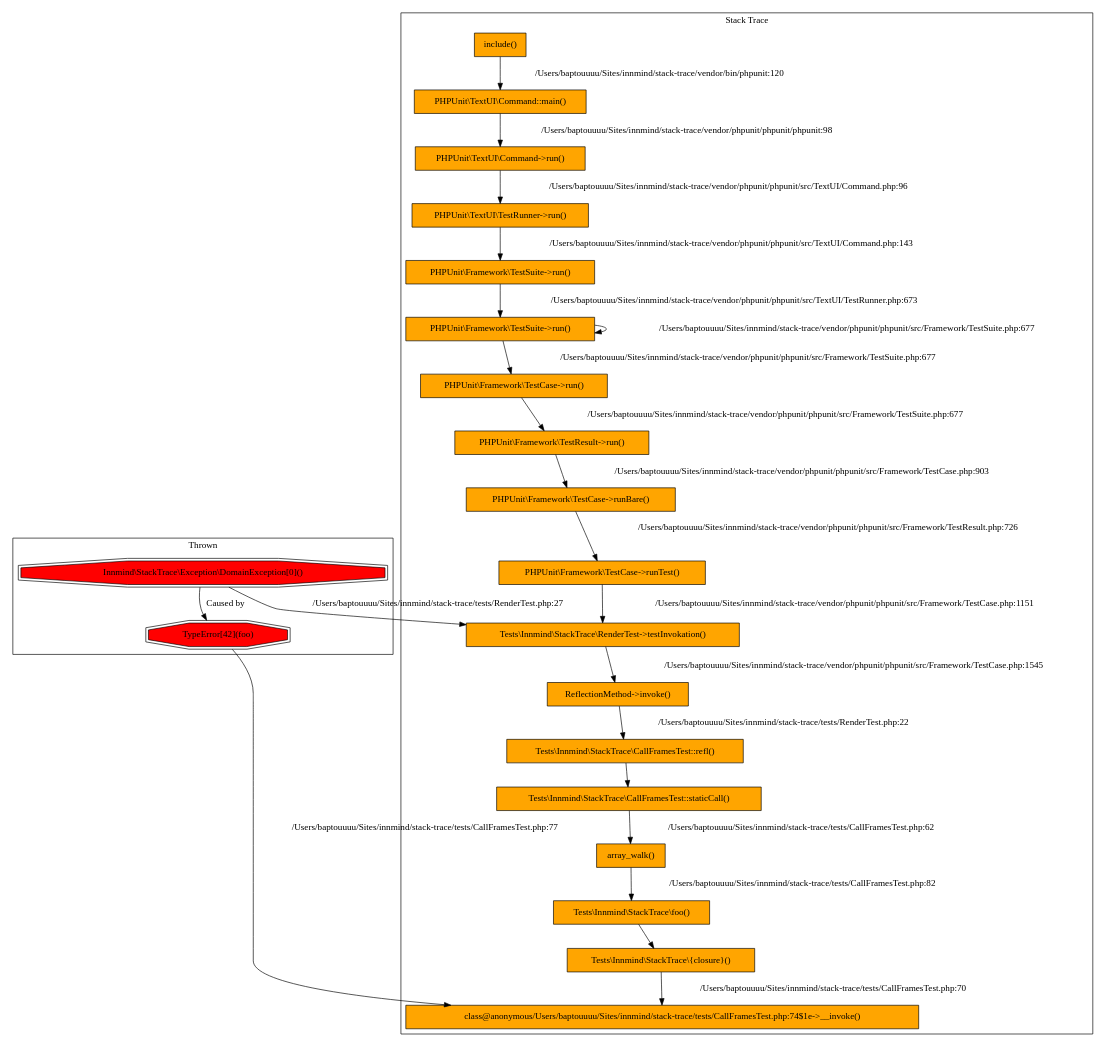
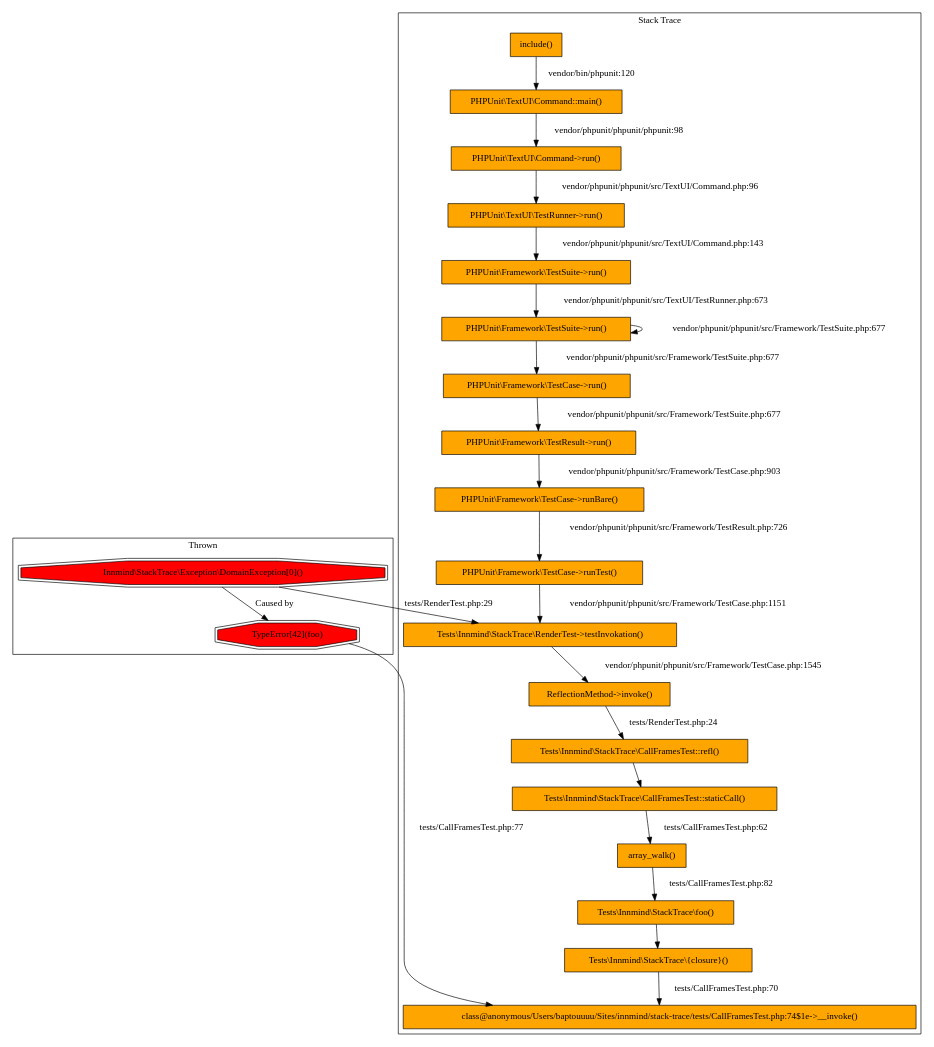
The diagram in graph.dot (Innmind/StackTrace), drawn with Graphviz before and after one commit. The commit also changed 3 other files, not shown here.

```diff
--- a/graph.dot
+++ b/graph.dot
@@ -1,37 +1,37 @@
 digraph stack_trace {
     subgraph cluster_throwables {
         label="Thrown"
-    exception_00000000000002ba0000000000000000 -> exception_00000000000004c90000000000000000 [label="Caused by"];
-    exception_00000000000004c90000000000000000 [shape="doubleoctagon", style="filled", fillcolor="#ff0000", label="TypeError[42](foo)", URL="file:///Users/baptouuuu/Sites/innmind/stack-trace/tests/CallFramesTest.php"];
-    exception_00000000000002ba0000000000000000 [shape="doubleoctagon", style="filled", fillcolor="#ff0000", label="Innmind\\StackTrace\\Exception\\DomainException[0]()", URL="file:///Users/baptouuuu/Sites/innmind/stack-trace/tests/RenderTest.php"];
+    exception_0000000000000afb0000000000000000 -> exception_00000000000005a80000000000000000 [label="Caused by"];
+    exception_00000000000005a80000000000000000 [shape="doubleoctagon", style="filled", fillcolor="#ff0000", label="TypeError[42](foo)", URL="file:///Users/baptouuuu/Sites/innmind/stack-trace/tests/CallFramesTest.php"];
+    exception_0000000000000afb0000000000000000 [shape="doubleoctagon", style="filled", fillcolor="#ff0000", label="Innmind\\StackTrace\\Exception\\DomainException[0]()", URL="file:///Users/baptouuuu/Sites/innmind/stack-trace/tests/RenderTest.php"];
     }
     subgraph cluster_call_frames {
         label="Stack Trace"
-    call_frame_4f9ea46a7375c109da69901c633013a9 -> call_frame_53aaccb6492409f5e3f3865fc706111e [label="/Users/baptouuuu/Sites/innmind/stack-trace/tests/CallFramesTest.php:70", URL="file:///Users/baptouuuu/Sites/innmind/stack-trace/tests/CallFramesTest.php"];
+    call_frame_4f9ea46a7375c109da69901c633013a9 -> call_frame_53aaccb6492409f5e3f3865fc706111e [label="tests/CallFramesTest.php:70", URL="file:///Users/baptouuuu/Sites/innmind/stack-trace/tests/CallFramesTest.php"];
     call_frame_78899d4635295534cfc817b37dee2513 -> call_frame_4f9ea46a7375c109da69901c633013a9;
-    call_frame_7945ef788bc897e87fc2d31edd4537b5 -> call_frame_78899d4635295534cfc817b37dee2513 [label="/Users/baptouuuu/Sites/innmind/stack-trace/tests/CallFramesTest.php:82", URL="file:///Users/baptouuuu/Sites/innmind/stack-trace/tests/CallFramesTest.php"];
-    call_frame_9914fdd0b965fa974e826064877ece14 -> call_frame_7945ef788bc897e87fc2d31edd4537b5 [label="/Users/baptouuuu/Sites/innmind/stack-trace/tests/CallFramesTest.php:62", URL="file:///Users/baptouuuu/Sites/innmind/stack-trace/tests/CallFramesTest.php"];
+    call_frame_7945ef788bc897e87fc2d31edd4537b5 -> call_frame_78899d4635295534cfc817b37dee2513 [label="tests/CallFramesTest.php:82", URL="file:///Users/baptouuuu/Sites/innmind/stack-trace/tests/CallFramesTest.php"];
+    call_frame_9914fdd0b965fa974e826064877ece14 -> call_frame_7945ef788bc897e87fc2d31edd4537b5 [label="tests/CallFramesTest.php:62", URL="file:///Users/baptouuuu/Sites/innmind/stack-trace/tests/CallFramesTest.php"];
     call_frame_a3479fc68cbbda8c8966caf2abecb4ec -> call_frame_9914fdd0b965fa974e826064877ece14;
-    call_frame_da9f8aa8271b7ba9a2e8d52bb7f63b65 -> call_frame_a3479fc68cbbda8c8966caf2abecb4ec [label="/Users/baptouuuu/Sites/innmind/stack-trace/tests/RenderTest.php:22", URL="file:///Users/baptouuuu/Sites/innmind/stack-trace/tests/RenderTest.php"];
-    call_frame_47c0407195947f117d1878ddc407c0a3 -> call_frame_da9f8aa8271b7ba9a2e8d52bb7f63b65 [label="/Users/baptouuuu/Sites/innmind/stack-trace/vendor/phpunit/phpunit/src/Framework/TestCase.php:1545", URL="file:///Users/baptouuuu/Sites/innmind/stack-trace/vendor/phpunit/phpunit/src/Framework/TestCase.php"];
-    call_frame_07f591f613086fa0eafe956f80ef31fa -> call_frame_47c0407195947f117d1878ddc407c0a3 [label="/Users/baptouuuu/Sites/innmind/stack-trace/vendor/phpunit/phpunit/src/Framework/TestCase.php:1151", URL="file:///Users/baptouuuu/Sites/innmind/stack-trace/vendor/phpunit/phpunit/src/Framework/TestCase.php"];
-    call_frame_5627b6f9e8560c938320b94b612d2fc0 -> call_frame_07f591f613086fa0eafe956f80ef31fa [label="/Users/baptouuuu/Sites/innmind/stack-trace/vendor/phpunit/phpunit/src/Framework/TestResult.php:726", URL="file:///Users/baptouuuu/Sites/innmind/stack-trace/vendor/phpunit/phpunit/src/Framework/TestResult.php"];
-    call_frame_9e85687edeee0a8f8bd7f473ec92cc89 -> call_frame_5627b6f9e8560c938320b94b612d2fc0 [label="/Users/baptouuuu/Sites/innmind/stack-trace/vendor/phpunit/phpunit/src/Framework/TestCase.php:903", URL="file:///Users/baptouuuu/Sites/innmind/stack-trace/vendor/phpunit/phpunit/src/Framework/TestCase.php"];
-    call_frame_862259868e8b30c44157d4fa168fc13a -> call_frame_9e85687edeee0a8f8bd7f473ec92cc89 [label="/Users/baptouuuu/Sites/innmind/stack-trace/vendor/phpunit/phpunit/src/Framework/TestSuite.php:677", URL="file:///Users/baptouuuu/Sites/innmind/stack-trace/vendor/phpunit/phpunit/src/Framework/TestSuite.php"];
-    call_frame_cc4026df087e27e93e934267183b41f4 -> call_frame_862259868e8b30c44157d4fa168fc13a [label="/Users/baptouuuu/Sites/innmind/stack-trace/vendor/phpunit/phpunit/src/Framework/TestSuite.php:677", URL="file:///Users/baptouuuu/Sites/innmind/stack-trace/vendor/phpunit/phpunit/src/Framework/TestSuite.php"];
-    call_frame_cc4026df087e27e93e934267183b41f4 -> call_frame_cc4026df087e27e93e934267183b41f4 [label="/Users/baptouuuu/Sites/innmind/stack-trace/vendor/phpunit/phpunit/src/Framework/TestSuite.php:677", URL="file:///Users/baptouuuu/Sites/innmind/stack-trace/vendor/phpunit/phpunit/src/Framework/TestSuite.php"];
-    call_frame_c8d6907ef39a015179586fa3b8c89d1a -> call_frame_cc4026df087e27e93e934267183b41f4 [label="/Users/baptouuuu/Sites/innmind/stack-trace/vendor/phpunit/phpunit/src/TextUI/TestRunner.php:673", URL="file:///Users/baptouuuu/Sites/innmind/stack-trace/vendor/phpunit/phpunit/src/TextUI/TestRunner.php"];
-    call_frame_95bacb9103a97886bc59bc9084f8765c -> call_frame_c8d6907ef39a015179586fa3b8c89d1a [label="/Users/baptouuuu/Sites/innmind/stack-trace/vendor/phpunit/phpunit/src/TextUI/Command.php:143", URL="file:///Users/baptouuuu/Sites/innmind/stack-trace/vendor/phpunit/phpunit/src/TextUI/Command.php"];
-    call_frame_ea22ce8c2ce2b0f720bfdcc70fb908c5 -> call_frame_95bacb9103a97886bc59bc9084f8765c [label="/Users/baptouuuu/Sites/innmind/stack-trace/vendor/phpunit/phpunit/src/TextUI/Command.php:96", URL="file:///Users/baptouuuu/Sites/innmind/stack-trace/vendor/phpunit/phpunit/src/TextUI/Command.php"];
-    call_frame_06e435cf2f8ff07c446385801e950ee7 -> call_frame_ea22ce8c2ce2b0f720bfdcc70fb908c5 [label="/Users/baptouuuu/Sites/innmind/stack-trace/vendor/phpunit/phpunit/phpunit:98", URL="file:///Users/baptouuuu/Sites/innmind/stack-trace/vendor/phpunit/phpunit/phpunit"];
-    call_frame_d8b76d2929d9dd7cd5896c117a761475 -> call_frame_06e435cf2f8ff07c446385801e950ee7 [label="/Users/baptouuuu/Sites/innmind/stack-trace/vendor/bin/phpunit:120", URL="file:///Users/baptouuuu/Sites/innmind/stack-trace/vendor/bin/phpunit"];
+    call_frame_4bebae301b668efb03e7bc24f79606a6 -> call_frame_a3479fc68cbbda8c8966caf2abecb4ec [label="tests/RenderTest.php:24", URL="file:///Users/baptouuuu/Sites/innmind/stack-trace/tests/RenderTest.php"];
+    call_frame_47c0407195947f117d1878ddc407c0a3 -> call_frame_4bebae301b668efb03e7bc24f79606a6 [label="vendor/phpunit/phpunit/src/Framework/TestCase.php:1545", URL="file:///Users/baptouuuu/Sites/innmind/stack-trace/vendor/phpunit/phpunit/src/Framework/TestCase.php"];
+    call_frame_07f591f613086fa0eafe956f80ef31fa -> call_frame_47c0407195947f117d1878ddc407c0a3 [label="vendor/phpunit/phpunit/src/Framework/TestCase.php:1151", URL="file:///Users/baptouuuu/Sites/innmind/stack-trace/vendor/phpunit/phpunit/src/Framework/TestCase.php"];
+    call_frame_5627b6f9e8560c938320b94b612d2fc0 -> call_frame_07f591f613086fa0eafe956f80ef31fa [label="vendor/phpunit/phpunit/src/Framework/TestResult.php:726", URL="file:///Users/baptouuuu/Sites/innmind/stack-trace/vendor/phpunit/phpunit/src/Framework/TestResult.php"];
+    call_frame_9e85687edeee0a8f8bd7f473ec92cc89 -> call_frame_5627b6f9e8560c938320b94b612d2fc0 [label="vendor/phpunit/phpunit/src/Framework/TestCase.php:903", URL="file:///Users/baptouuuu/Sites/innmind/stack-trace/vendor/phpunit/phpunit/src/Framework/TestCase.php"];
+    call_frame_862259868e8b30c44157d4fa168fc13a -> call_frame_9e85687edeee0a8f8bd7f473ec92cc89 [label="vendor/phpunit/phpunit/src/Framework/TestSuite.php:677", URL="file:///Users/baptouuuu/Sites/innmind/stack-trace/vendor/phpunit/phpunit/src/Framework/TestSuite.php"];
+    call_frame_cc4026df087e27e93e934267183b41f4 -> call_frame_862259868e8b30c44157d4fa168fc13a [label="vendor/phpunit/phpunit/src/Framework/TestSuite.php:677", URL="file:///Users/baptouuuu/Sites/innmind/stack-trace/vendor/phpunit/phpunit/src/Framework/TestSuite.php"];
+    call_frame_cc4026df087e27e93e934267183b41f4 -> call_frame_cc4026df087e27e93e934267183b41f4 [label="vendor/phpunit/phpunit/src/Framework/TestSuite.php:677", URL="file:///Users/baptouuuu/Sites/innmind/stack-trace/vendor/phpunit/phpunit/src/Framework/TestSuite.php"];
+    call_frame_c8d6907ef39a015179586fa3b8c89d1a -> call_frame_cc4026df087e27e93e934267183b41f4 [label="vendor/phpunit/phpunit/src/TextUI/TestRunner.php:673", URL="file:///Users/baptouuuu/Sites/innmind/stack-trace/vendor/phpunit/phpunit/src/TextUI/TestRunner.php"];
+    call_frame_95bacb9103a97886bc59bc9084f8765c -> call_frame_c8d6907ef39a015179586fa3b8c89d1a [label="vendor/phpunit/phpunit/src/TextUI/Command.php:143", URL="file:///Users/baptouuuu/Sites/innmind/stack-trace/vendor/phpunit/phpunit/src/TextUI/Command.php"];
+    call_frame_ea22ce8c2ce2b0f720bfdcc70fb908c5 -> call_frame_95bacb9103a97886bc59bc9084f8765c [label="vendor/phpunit/phpunit/src/TextUI/Command.php:96", URL="file:///Users/baptouuuu/Sites/innmind/stack-trace/vendor/phpunit/phpunit/src/TextUI/Command.php"];
+    call_frame_06e435cf2f8ff07c446385801e950ee7 -> call_frame_ea22ce8c2ce2b0f720bfdcc70fb908c5 [label="vendor/phpunit/phpunit/phpunit:98", URL="file:///Users/baptouuuu/Sites/innmind/stack-trace/vendor/phpunit/phpunit/phpunit"];
+    call_frame_d8b76d2929d9dd7cd5896c117a761475 -> call_frame_06e435cf2f8ff07c446385801e950ee7 [label="vendor/bin/phpunit:120", URL="file:///Users/baptouuuu/Sites/innmind/stack-trace/vendor/bin/phpunit"];
     call_frame_53aaccb6492409f5e3f3865fc706111e [shape="box", style="filled", fillcolor="#ffa500", label="class@anonymous/Users/baptouuuu/Sites/innmind/stack-trace/tests/CallFramesTest.php:74$1e->__invoke()", URL="file:///Users/baptouuuu/Sites/innmind/stack-trace/tests/CallFramesTest.php"];
     call_frame_4f9ea46a7375c109da69901c633013a9 [shape="box", style="filled", fillcolor="#ffa500", label="Tests\\Innmind\\StackTrace\\{closure}()", URL="file:///Users/baptouuuu/Sites/innmind/stack-trace/tests/CallFramesTest.php"];
     call_frame_78899d4635295534cfc817b37dee2513 [shape="box", style="filled", fillcolor="#ffa500", label="Tests\\Innmind\\StackTrace\\foo()"];
     call_frame_7945ef788bc897e87fc2d31edd4537b5 [shape="box", style="filled", fillcolor="#ffa500", label="array_walk()", URL="file:///Users/baptouuuu/Sites/innmind/stack-trace/tests/CallFramesTest.php"];
     call_frame_9914fdd0b965fa974e826064877ece14 [shape="box", style="filled", fillcolor="#ffa500", label="Tests\\Innmind\\StackTrace\\CallFramesTest::staticCall()", URL="file:///Users/baptouuuu/Sites/innmind/stack-trace/tests/CallFramesTest.php"];
     call_frame_a3479fc68cbbda8c8966caf2abecb4ec [shape="box", style="filled", fillcolor="#ffa500", label="Tests\\Innmind\\StackTrace\\CallFramesTest::refl()"];
-    call_frame_da9f8aa8271b7ba9a2e8d52bb7f63b65 [shape="box", style="filled", fillcolor="#ffa500", label="ReflectionMethod->invoke()", URL="file:///Users/baptouuuu/Sites/innmind/stack-trace/tests/RenderTest.php"];
+    call_frame_4bebae301b668efb03e7bc24f79606a6 [shape="box", style="filled", fillcolor="#ffa500", label="ReflectionMethod->invoke()", URL="file:///Users/baptouuuu/Sites/innmind/stack-trace/tests/RenderTest.php"];
     call_frame_47c0407195947f117d1878ddc407c0a3 [shape="box", style="filled", fillcolor="#ffa500", label="Tests\\Innmind\\StackTrace\\RenderTest->testInvokation()", URL="file:///Users/baptouuuu/Sites/innmind/stack-trace/vendor/phpunit/phpunit/src/Framework/TestCase.php"];
     call_frame_07f591f613086fa0eafe956f80ef31fa [shape="box", style="filled", fillcolor="#ffa500", label="PHPUnit\\Framework\\TestCase->runTest()", URL="file:///Users/baptouuuu/Sites/innmind/stack-trace/vendor/phpunit/phpunit/src/Framework/TestCase.php"];
     call_frame_5627b6f9e8560c938320b94b612d2fc0 [shape="box", style="filled", fillcolor="#ffa500", label="PHPUnit\\Framework\\TestCase->runBare()", URL="file:///Users/baptouuuu/Sites/innmind/stack-trace/vendor/phpunit/phpunit/src/Framework/TestResult.php"];
@@ -44,6 +44,6 @@
     call_frame_06e435cf2f8ff07c446385801e950ee7 [shape="box", style="filled", fillcolor="#ffa500", label="PHPUnit\\TextUI\\Command::main()", URL="file:///Users/baptouuuu/Sites/innmind/stack-trace/vendor/phpunit/phpunit/phpunit"];
     call_frame_d8b76d2929d9dd7cd5896c117a761475 [shape="box", style="filled", fillcolor="#ffa500", label="include()", URL="file:///Users/baptouuuu/Sites/innmind/stack-trace/vendor/bin/phpunit"];
     }
-    exception_00000000000004c90000000000000000 -> call_frame_53aaccb6492409f5e3f3865fc706111e [label="/Users/baptouuuu/Sites/innmind/stack-trace/tests/CallFramesTest.php:77", URL="file:///Users/baptouuuu/Sites/innmind/stack-trace/tests/CallFramesTest.php"];
-    exception_00000000000002ba0000000000000000 -> call_frame_47c0407195947f117d1878ddc407c0a3 [label="/Users/baptouuuu/Sites/innmind/stack-trace/tests/RenderTest.php:27", URL="file:///Users/baptouuuu/Sites/innmind/stack-trace/tests/RenderTest.php"];
+    exception_00000000000005a80000000000000000 -> call_frame_53aaccb6492409f5e3f3865fc706111e [label="tests/CallFramesTest.php:77", URL="file:///Users/baptouuuu/Sites/innmind/stack-trace/tests/CallFramesTest.php"];
+    exception_0000000000000afb0000000000000000 -> call_frame_47c0407195947f117d1878ddc407c0a3 [label="tests/RenderTest.php:29", URL="file:///Users/baptouuuu/Sites/innmind/stack-trace/tests/RenderTest.php"];
 }
```
